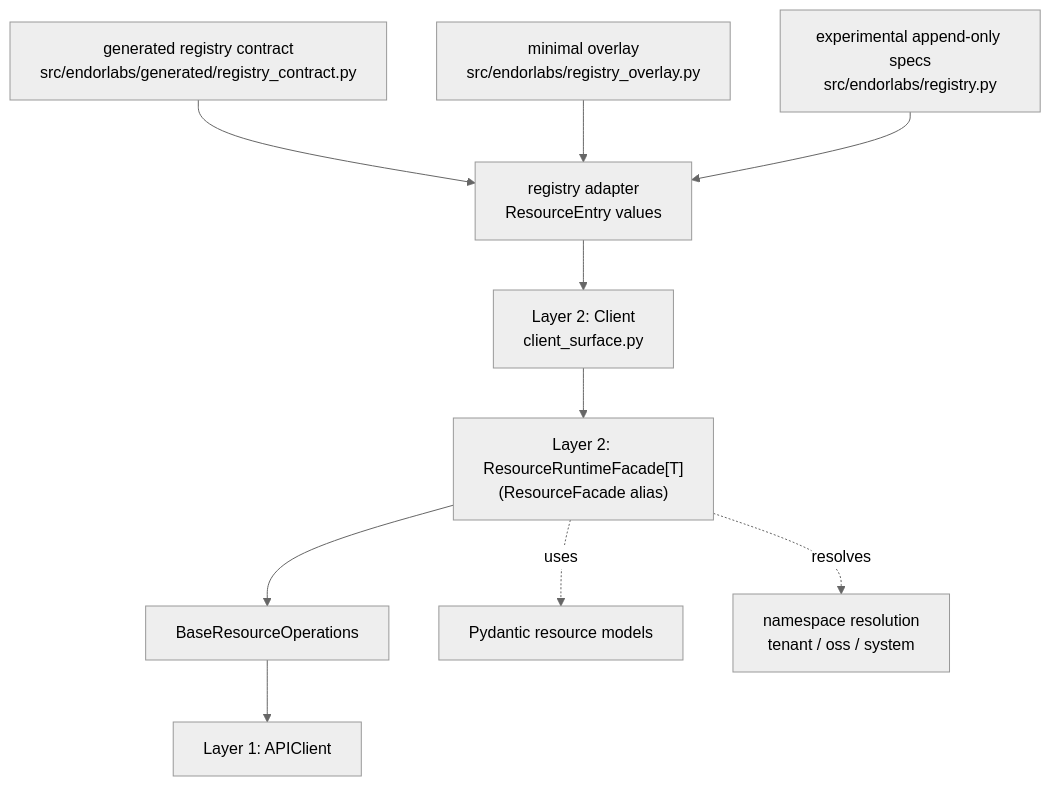
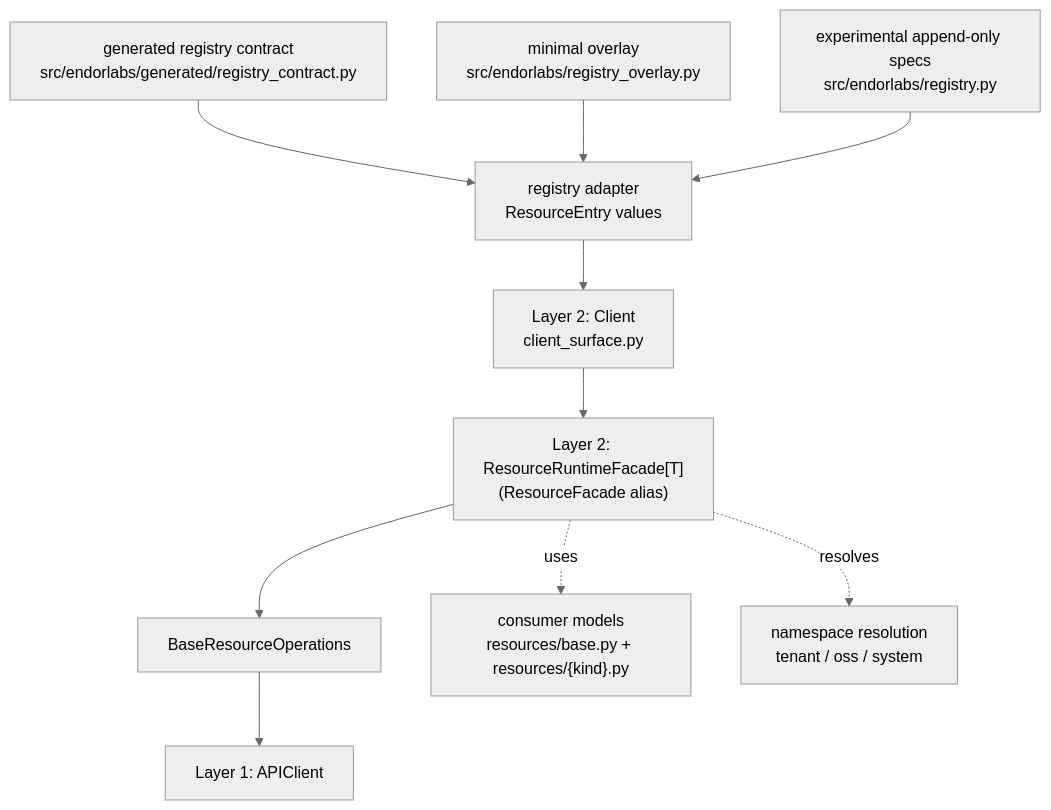
One commit to endorlabs/endorlabs-sdk changed the first of 2 diagrams in docs/contributing/architecture.md. Above: the diagram before and after it, drawn with Mermaid (neutral theme). The commit also changed other lines of this file and 118 other files, not shown here.

First line of the commit message:
refactor: collapse models into resources and finalize consumer model layers

````diff
--- a/docs/contributing/architecture.md
+++ b/docs/contributing/architecture.md
@@ -7,23 +7,23 @@
 ```mermaid
 flowchart TD
     RC["generated registry contract<br/>src/endorlabs/generated/registry_contract.py"]
     RO["minimal overlay<br/>src/endorlabs/registry_overlay.py"]
     EXP["experimental append-only specs<br/>src/endorlabs/registry.py"]
     REG["registry adapter<br/>ResourceEntry values"]
     CLIENT["Layer 2: Client<br/>client_surface.py"]
     FACADE["Layer 2: ResourceRuntimeFacade[T]<br/>(ResourceFacade alias)"]
     OPS["BaseResourceOperations"]
     API["Layer 1: APIClient"]
-    MODEL["Pydantic resource models"]
+    MODEL["consumer models<br/>resources/base.py + resources/{kind}.py"]
     NS["namespace resolution<br/>tenant / oss / system"]
 
     RC --> REG
     RO --> REG
     EXP --> REG
     REG --> CLIENT
     CLIENT --> FACADE
     FACADE --> OPS
     OPS --> API
     FACADE -. uses .-> MODEL
     FACADE -. resolves .-> NS
 ```
````
